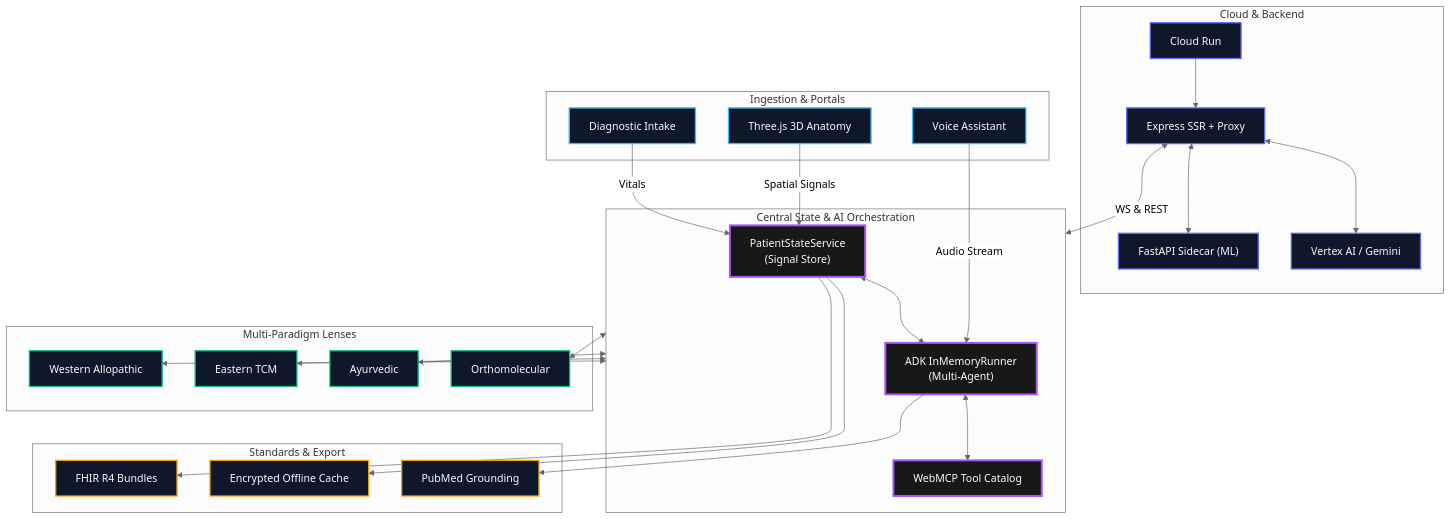
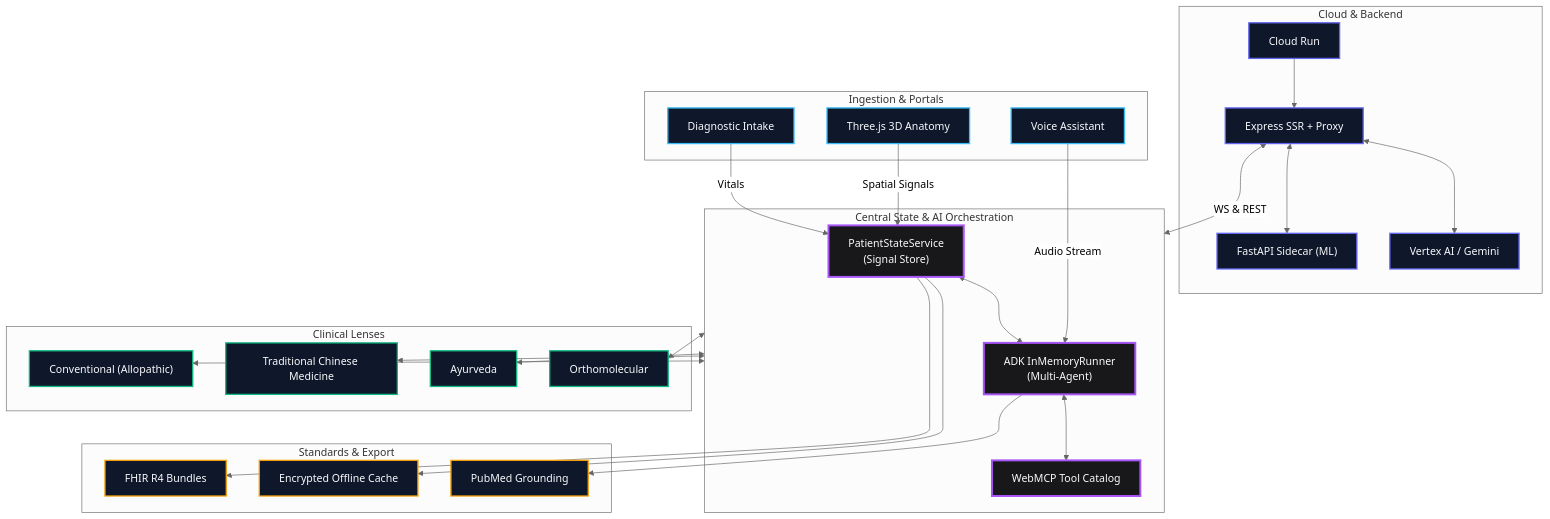
The diagram in README.md (pocketgull-app/pocketgull), drawn with Mermaid (neutral theme) before and after one commit. The commit also changed other lines of this file and 261 other files, not shown here.

````diff
--- a/README.md
+++ b/README.md
@@ -270,64 +94,64 @@
 ```mermaid
 graph TB
     classDef cloud fill:#0f172a,stroke:#6366f1,stroke-width:2px,color:#f8fafc
     classDef ingestion fill:#0f172a,stroke:#38bdf8,stroke-width:2px,color:#f8fafc
     classDef hub fill:#18181b,stroke:#a855f7,stroke-width:3px,color:#fafafa
     classDef lenses fill:#0f172a,stroke:#10b981,stroke-width:2px,color:#f8fafc
     classDef foundation fill:#0f172a,stroke:#f59e0b,stroke-width:2px,color:#f8fafc
 
     subgraph Cloud ["Cloud & Backend"]
         CloudRun["Cloud Run"]
         Express["Express SSR + Proxy"]
         FastAPI["FastAPI Sidecar (ML)"]
         Vertex["Vertex AI / Gemini"]
     end
 
     subgraph Ingestion ["Ingestion & Portals"]
         Body3D["Three.js 3D Anatomy"]
         Voice["Voice Assistant"]
         Intake["Diagnostic Intake"]
     end
 
     subgraph Hub ["Central State & AI Orchestration"]
         State["PatientStateService\n(Signal Store)"]
         ADK["ADK InMemoryRunner\n(Multi-Agent)"]
         WebMCP["WebMCP Tool Catalog"]
     end
 
-    subgraph Lenses ["Multi-Paradigm Lenses"]
-        Western["Western Allopathic"]
-        TCM["Eastern TCM"]
-        Ayurvedic["Ayurvedic"]
+    subgraph Lenses ["Clinical Lenses"]
+        Western["Conventional (Allopathic)"]
+        TCM["Traditional Chinese Medicine"]
+        Ayurvedic["Ayurveda"]
         Ortho["Orthomolecular"]
     end
 
     subgraph Foundation ["Standards & Export"]
         FHIR["FHIR R4 Bundles"]
         Cache["Encrypted Offline Cache"]
         PubMed["PubMed Grounding"]
     end
 
     CloudRun --> Express
     Express <--> FastAPI
     Express <--> Vertex
 
     Body3D -->|Spatial Signals| State
     Voice -->|Audio Stream| ADK
     Intake -->|Vitals| State
 
     Express <-->|WS & REST| Hub
 
     State <--> ADK
     ADK <--> WebMCP
 
     Hub <--> Western & TCM & Ayurvedic & Ortho
 
     State --> FHIR & Cache
     ADK --> PubMed
 
     class CloudRun,Express,FastAPI,Vertex cloud
     class Body3D,Voice,Intake ingestion
     class State,ADK,WebMCP hub
     class Western,TCM,Ayurvedic,Ortho lenses
     class FHIR,Cache,PubMed foundation
 ```
````
